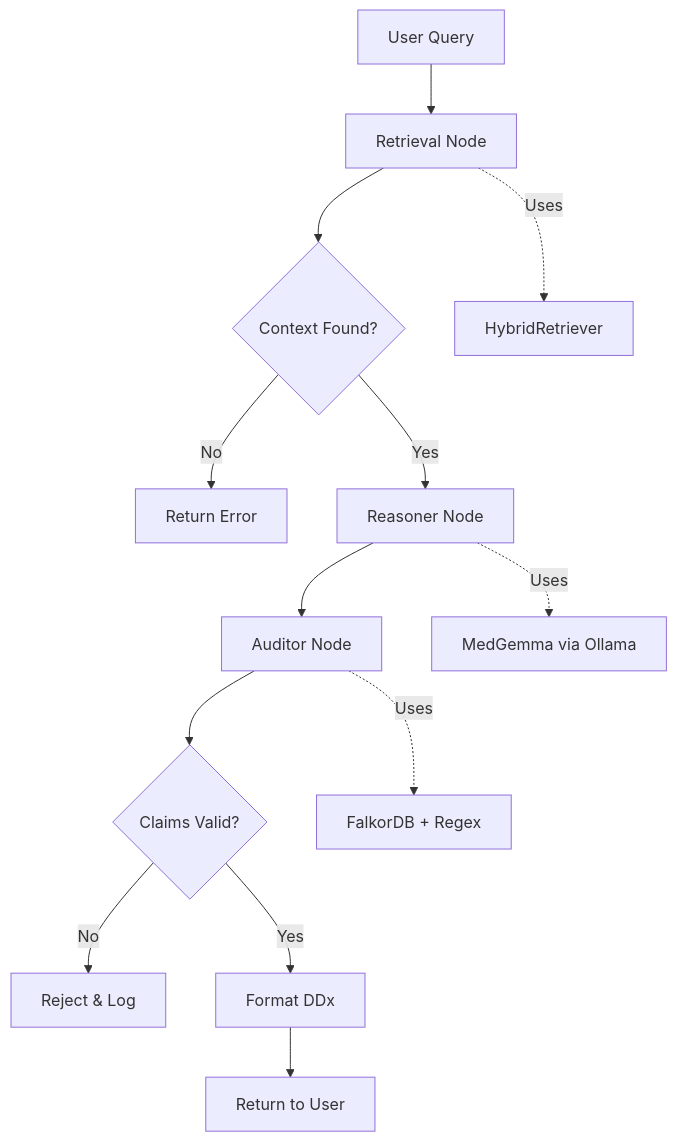
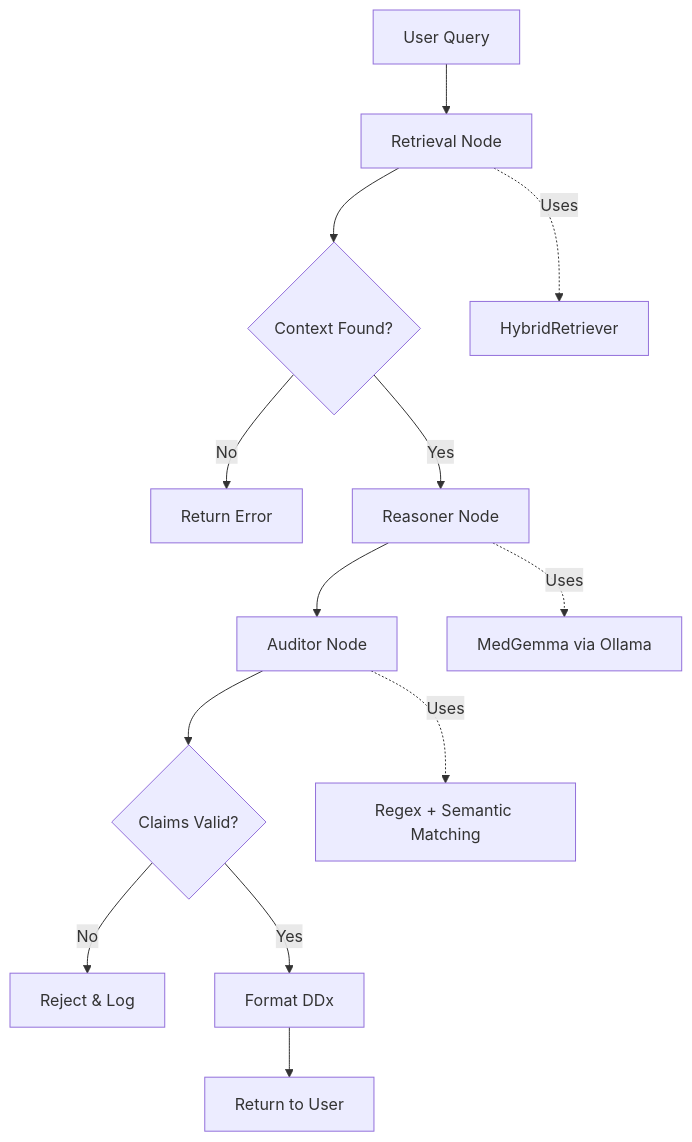
The diagram in ai/src/ai/docs/specs/Ticket-2.2-LangGraph-DDx-Spec.md (Belal0066/CFI-Care), drawn with Mermaid before and after one commit. The commit also changed other lines of this file and 14 other files, not shown here.

````diff
--- a/ai/src/ai/docs/specs/Ticket-2.2-LangGraph-DDx-Spec.md
+++ b/ai/src/ai/docs/specs/Ticket-2.2-LangGraph-DDx-Spec.md
@@ -10,16 +10,16 @@
 ```mermaid
 graph TD
     A[User Query] --> B[Retrieval Node]
     B --> C{Context Found?}
     C -->|No| D[Return Error]
     C -->|Yes| E[Reasoner Node]
     E --> F[Auditor Node]
     F --> G{Claims Valid?}
     G -->|No| H[Reject & Log]
     G -->|Yes| I[Format DDx]
     I --> J[Return to User]
     
     B -.->|Uses| K[HybridRetriever]
     E -.->|Uses| L[MedGemma via Ollama]
-    F -.->|Uses| M[FalkorDB + Regex]
+    F -.->|Uses| M[Regex + Semantic Matching]
 ```
````
